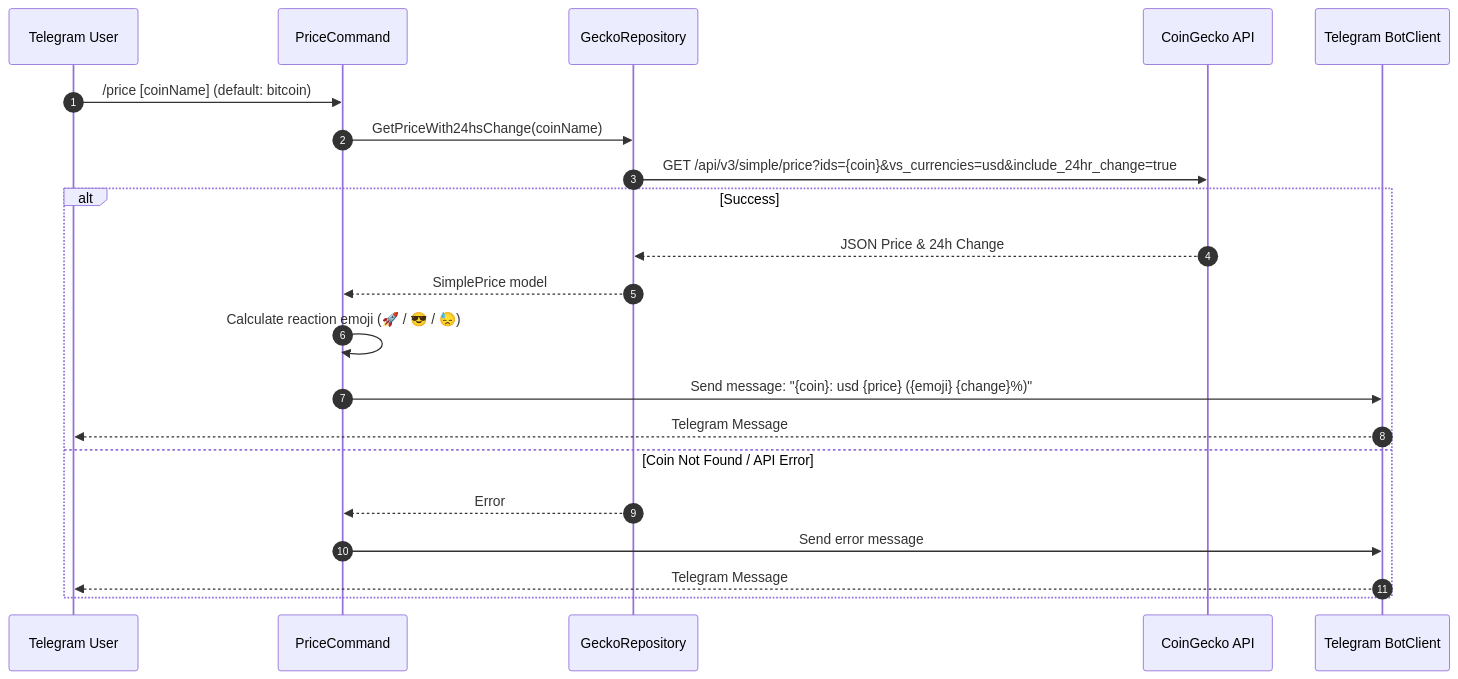
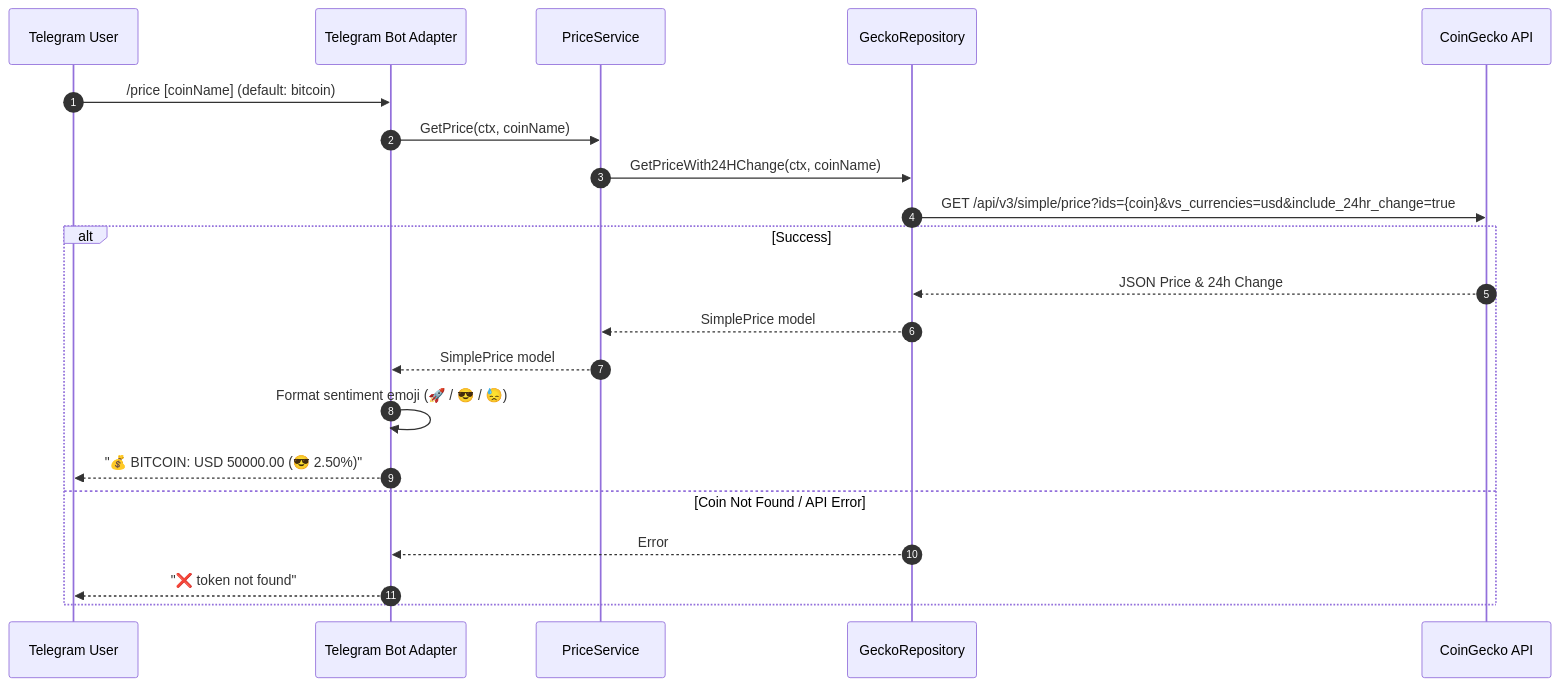
One commit to wyveriano/crypto-record-bot changed the fourth of 8 diagrams in README.md. Above: the diagram before and after it, drawn with Mermaid. The commit also changed other lines of this file and 23 other files, not shown here.

Commit message:
refactor: implement pure hexagonal architecture, graceful shutdown, context propagation, and structured logging

````diff
--- a/README.md
+++ b/README.md
@@ -238,24 +233,24 @@
 ```mermaid
 sequenceDiagram
     autonumber
     participant User as Telegram User
-    participant PC as PriceCommand
+    participant Bot as Telegram Bot Adapter
+    participant PS as PriceService
     participant Repo as GeckoRepository
     participant API as CoinGecko API
-    participant TG as Telegram BotClient
 
-    User->>PC: /price [coinName] (default: bitcoin)
-    PC->>Repo: GetPriceWith24hsChange(coinName)
+    User->>Bot: /price [coinName] (default: bitcoin)
+    Bot->>PS: GetPrice(ctx, coinName)
+    PS->>Repo: GetPriceWith24HChange(ctx, coinName)
     Repo->>API: GET /api/v3/simple/price?ids={coin}&vs_currencies=usd&include_24hr_change=true
     alt Success
         API-->>Repo: JSON Price & 24h Change
-        Repo-->>PC: SimplePrice model
-        PC->>PC: Calculate reaction emoji (🚀 / 😎 / 😓)
-        PC->>TG: Send message: "{coin}: usd {price} ({emoji} {change}%)"
-        TG-->>User: Telegram Message
+        Repo-->>PS: SimplePrice model
+        PS-->>Bot: SimplePrice model
+        Bot->>Bot: Format sentiment emoji (🚀 / 😎 / 😓)
+        Bot-->>User: "💰 BITCOIN: USD 50000.00 (😎 2.50%)"
     else Coin Not Found / API Error
-        Repo-->>PC: Error
-        PC->>TG: Send error message
-        TG-->>User: Telegram Message
+        Repo-->>Bot: Error
+        Bot-->>User: "❌ token not found"
     end
 ```
````
